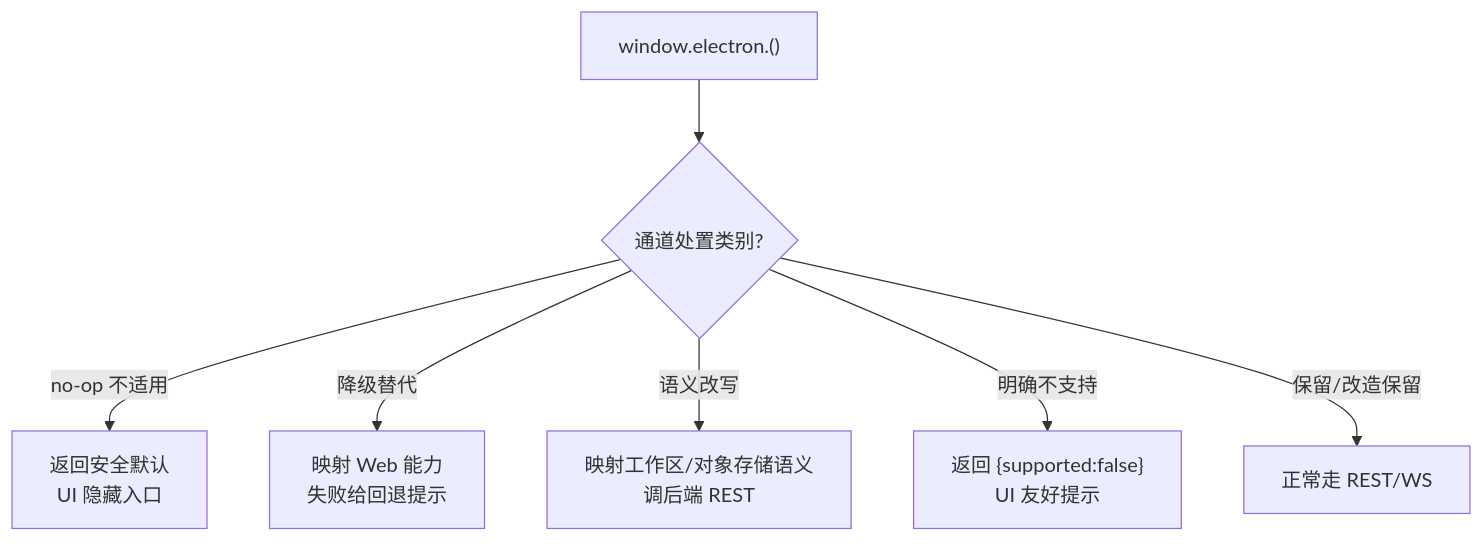
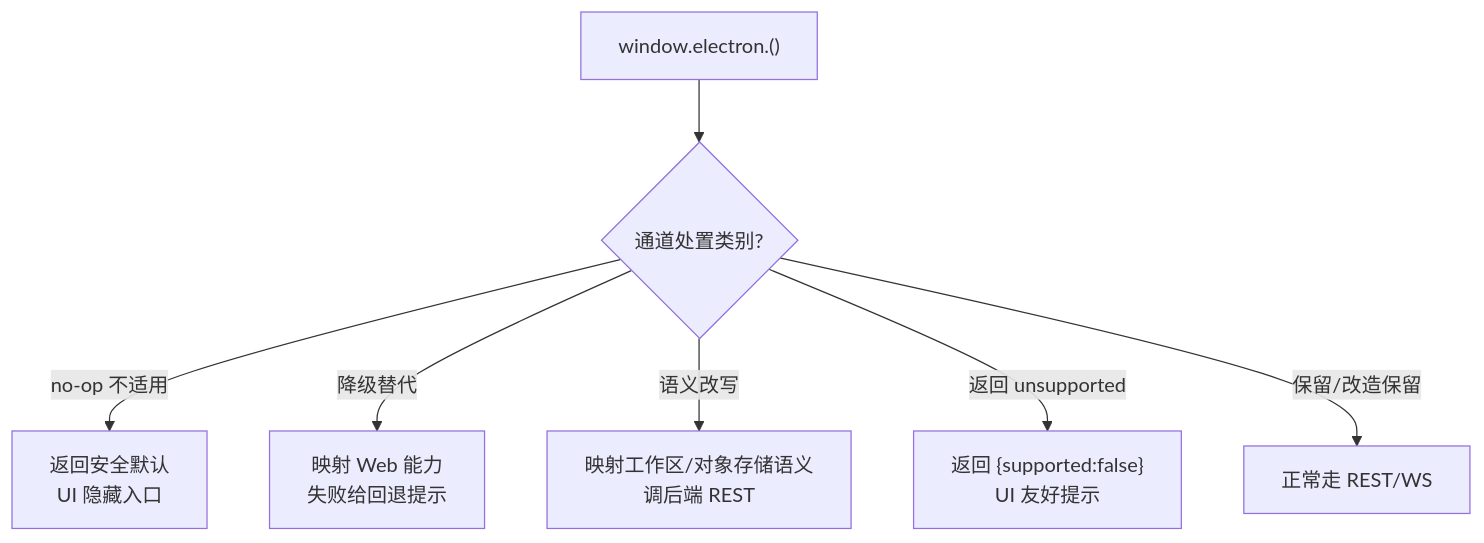
Before and after one commit to edward-ng-duke/LobsterAI: the second of 2 diagrams in 改造计划/13-功能取舍与降级清单.md, drawn with Mermaid. The commit also changed other lines of this file and 27 other files, not shown here.

````diff
--- a/改造计划/13-功能取舍与降级清单.md
+++ b/改造计划/13-功能取舍与降级清单.md
@@ -289,9 +329,9 @@
 ```mermaid
 flowchart TD
   Call["window.electron.<channel>()"] --> Q{通道处置类别?}
   Q -->|no-op 不适用| N["返回安全默认<br/>UI 隐藏入口"]
   Q -->|降级替代| R["映射 Web 能力<br/>失败给回退提示"]
   Q -->|语义改写| W["映射工作区/对象存储语义<br/>调后端 REST"]
-  Q -->|明确不支持| U["返回 {supported:false}<br/>UI 友好提示"]
+  Q -->|返回 unsupported| U["返回 {supported:false}<br/>UI 友好提示"]
   Q -->|保留/改造保留| K["正常走 REST/WS"]
 ```
````
